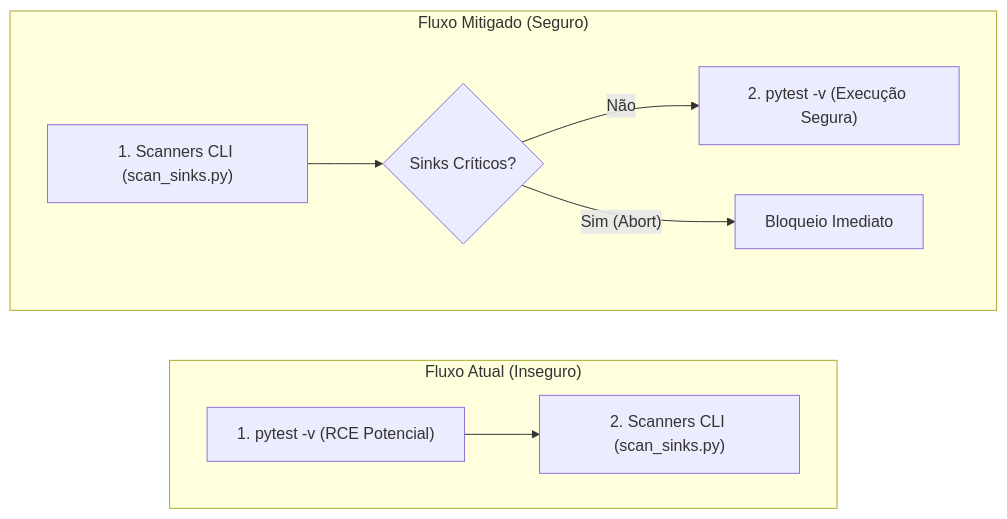
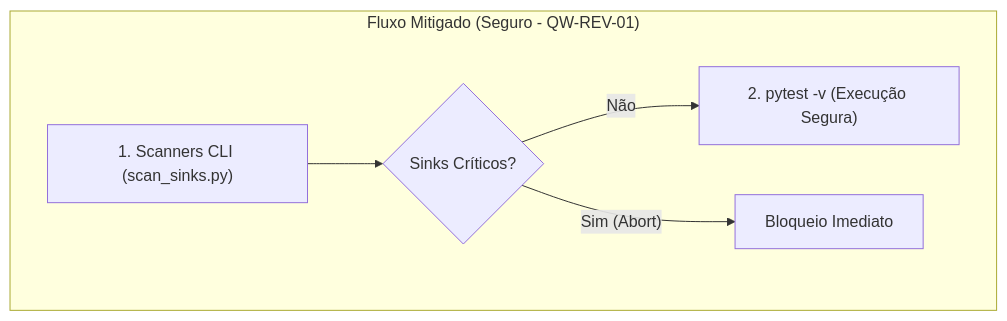
Before and after one commit to MarcosVeniciu/antigravity-agentic-skills: the diagram in doc/auditorias/owasp-llm-agentic-2026/audit-review.md, drawn with Mermaid. The commit also changed other lines of this file and 25 other files, not shown here.

````diff
--- a/doc/auditorias/owasp-llm-agentic-2026/audit-review.md
+++ b/doc/auditorias/owasp-llm-agentic-2026/audit-review.md
@@ -83,13 +84,9 @@
 ```mermaid
 flowchart LR
-    subgraph Atual["Fluxo Atual (Inseguro)"]
-        direction LR
-        P1["1. pytest -v (RCE Potencial)"] --> S1["2. Scanners CLI (scan_sinks.py)"]
-    end
-    subgraph Proposto["Fluxo Mitigado (Seguro)"]
+    subgraph Mitigado["Fluxo Mitigado (Seguro - QW-REV-01)"]
         direction LR
         S2["1. Scanners CLI (scan_sinks.py)"] --> G1{"Sinks Críticos?"}
         G1 --"Não"--> P2["2. pytest -v (Execução Segura)"]
         G1 --"Sim (Abort)"--> B1["Bloqueio Imediato"]
     end
 ```
````
